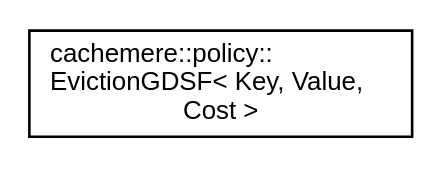
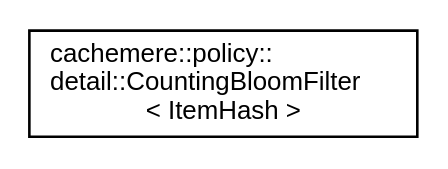
Before and after one commit to coveooss/cachemere: the diagram in docs/inherit_graph_15.dot, drawn with Graphviz. The commit also changed 154 other files, not shown here.

```diff
--- a/docs/inherit_graph_15.dot
+++ b/docs/inherit_graph_15.dot
@@ -1,8 +1,8 @@
 digraph "Graphical Class Hierarchy"
 {
  // LATEX_PDF_SIZE
   edge [fontname="Helvetica",fontsize="10",labelfontname="Helvetica",labelfontsize="10"];
   node [fontname="Helvetica",fontsize="10",shape=record];
   rankdir="LR";
-  Node0 [label="cachemere::policy::\lEvictionGDSF\< Key, Value,\l Cost \>",height=0.2,width=0.4,color="black", fillcolor="white", style="filled",URL="$classcachemere_1_1policy_1_1EvictionGDSF.html",tooltip="Greedy-Dual-Size-Frequency (GDSF) eviction policy."];
+  Node0 [label="cachemere::policy::\ldetail::CountingBloomFilter\l\< ItemHash \>",height=0.2,width=0.4,color="black", fillcolor="white", style="filled",URL="$classcachemere_1_1policy_1_1detail_1_1CountingBloomFilter.html",tooltip="Space-efficient probabilistic data structure to estimate the number of times an item was inserted in ..."];
 }
```
